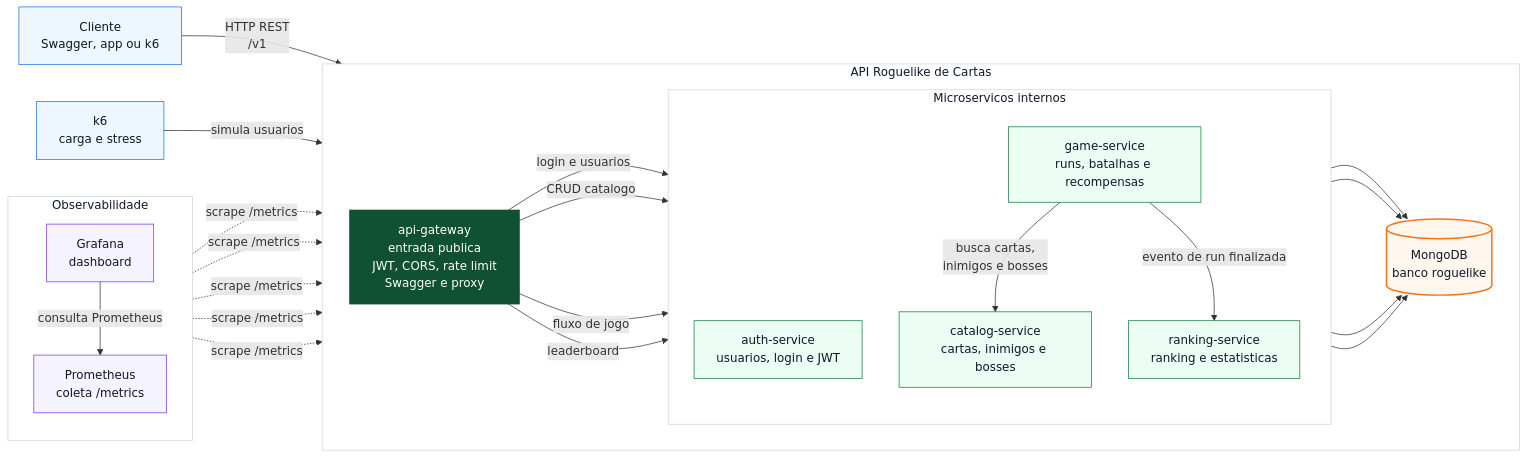
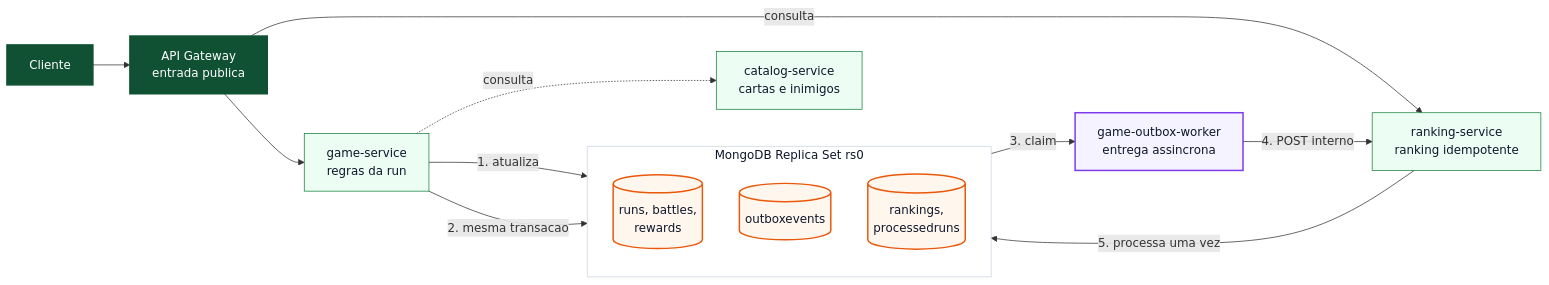
Before and after one commit to VitorFcosta/api_roguelike: the diagram in docs/diagrams/architecture-logical.mmd, drawn with Mermaid. The commit also changed 48 other files, not shown here.

Commit message:
Refactor roguelike API state and combat flow

```diff
--- a/docs/diagrams/architecture-logical.mmd
+++ b/docs/diagrams/architecture-logical.mmd
@@ -1,67 +1,35 @@
 flowchart LR
-  %% Diagrama recomendado para o Slide 3.
-  %% Ideia: mostrar responsabilidades e comunicacao sem excesso de setas.
+  client["Cliente"]
+  gateway["API Gateway<br/>entrada publica"]
+  game["game-service<br/>regras da run"]
+  catalog["catalog-service<br/>cartas e inimigos"]
+  worker["game-outbox-worker<br/>entrega assincrona"]
+  ranking["ranking-service<br/>ranking idempotente"]
 
-  client["Cliente<br/>Swagger, app ou k6"]
-  k6["k6<br/>carga e stress"]
-
-  subgraph api["API Roguelike de Cartas"]
-    direction LR
-
-    gateway["api-gateway<br/>entrada publica<br/>JWT, CORS, rate limit<br/>Swagger e proxy"]
-
-    subgraph services["Microservicos internos"]
-      direction TB
-      auth["auth-service<br/>usuarios, login e JWT"]
-      catalog["catalog-service<br/>cartas, inimigos e bosses"]
-      game["game-service<br/>runs, batalhas e recompensas"]
-      ranking["ranking-service<br/>ranking e estatisticas"]
-    end
-
-    mongo[("MongoDB<br/>banco roguelike")]
+  subgraph database["MongoDB Replica Set rs0"]
+    direction TB
+    gameState[("runs, battles,<br/>rewards")]
+    outbox[("outboxevents")]
+    rankingState[("rankings,<br/>processedruns")]
   end
 
-  subgraph obs["Observabilidade"]
-    direction TB
-    prometheus["Prometheus<br/>coleta /metrics"]
-    grafana["Grafana<br/>dashboard"]
-  end
+  client --> gateway --> game
+  gateway -->|"consulta"| ranking
+  game -.->|"consulta"| catalog
+  game -->|"1. atualiza"| gameState
+  game -->|"2. mesma transacao"| outbox
+  outbox -->|"3. claim"| worker
+  worker -->|"4. POST interno"| ranking
+  ranking -->|"5. processa uma vez"| rankingState
 
-  client -->|"HTTP REST<br/>/v1"| gateway
-  k6 -->|"simula usuarios"| gateway
+  classDef entry fill:#0f5132,stroke:#0f5132,stroke-width:2px,color:#ffffff;
+  classDef service fill:#ecfdf3,stroke:#17803d,stroke-width:1px,color:#0f172a;
+  classDef worker fill:#f5f3ff,stroke:#7c3aed,stroke-width:2px,color:#0f172a;
+  classDef storage fill:#fff7ed,stroke:#ea580c,stroke-width:2px,color:#0f172a;
 
-  gateway -->|"login e usuarios"| auth
-  gateway -->|"CRUD catalogo"| catalog
-  gateway -->|"fluxo de jogo"| game
-  gateway -->|"leaderboard"| ranking
+  class client,gateway entry;
+  class game,catalog,ranking service;
+  class worker worker;
+  class gameState,outbox,rankingState storage;
 
-  game -->|"busca cartas,<br/>inimigos e bosses"| catalog
-  game -->|"evento de run finalizada"| ranking
-
-  auth --> mongo
-  catalog --> mongo
-  game --> mongo
-  ranking --> mongo
-
-  prometheus -.->|"scrape /metrics"| gateway
-  prometheus -.->|"scrape /metrics"| auth
-  prometheus -.->|"scrape /metrics"| catalog
-  prometheus -.->|"scrape /metrics"| game
-  prometheus -.->|"scrape /metrics"| ranking
-  grafana -->|"consulta Prometheus"| prometheus
-
-  classDef externalClass fill:#eef7ff,stroke:#1f6feb,stroke-width:1px,color:#0f172a;
-  classDef gatewayClass fill:#0f5132,stroke:#0f5132,stroke-width:2px,color:#ffffff;
-  classDef serviceClass fill:#ecfdf3,stroke:#17803d,stroke-width:1px,color:#0f172a;
-  classDef databaseClass fill:#fff7ed,stroke:#f97316,stroke-width:2px,color:#0f172a;
-  classDef observabilityClass fill:#f5f3ff,stroke:#7c3aed,stroke-width:1px,color:#0f172a;
-
-  class client,k6 externalClass;
-  class gateway gatewayClass;
-  class auth,catalog,game,ranking serviceClass;
-  class mongo databaseClass;
-  class prometheus,grafana observabilityClass;
-
-  style api fill:#ffffff,stroke:#cbd5e1,stroke-width:1px,color:#0f172a
-  style services fill:#ffffff,stroke:#cbd5e1,stroke-width:1px,color:#0f172a
-  style obs fill:#ffffff,stroke:#cbd5e1,stroke-width:1px,color:#0f172a
+  style database fill:#ffffff,stroke:#cbd5e1,stroke-width:1px,color:#0f172a
```
